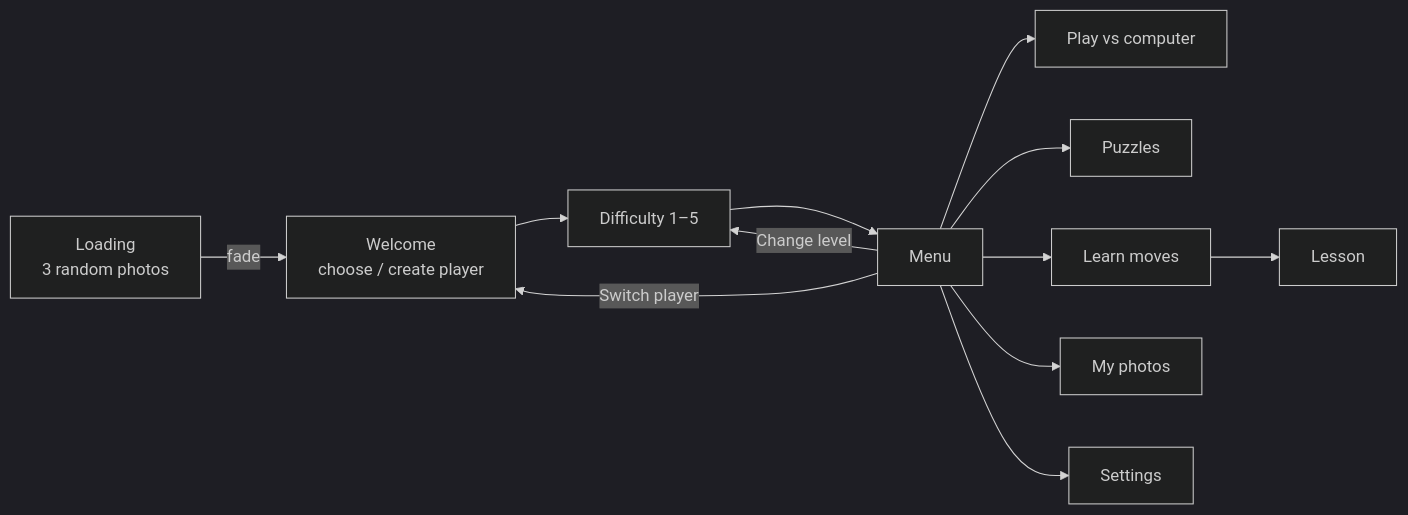
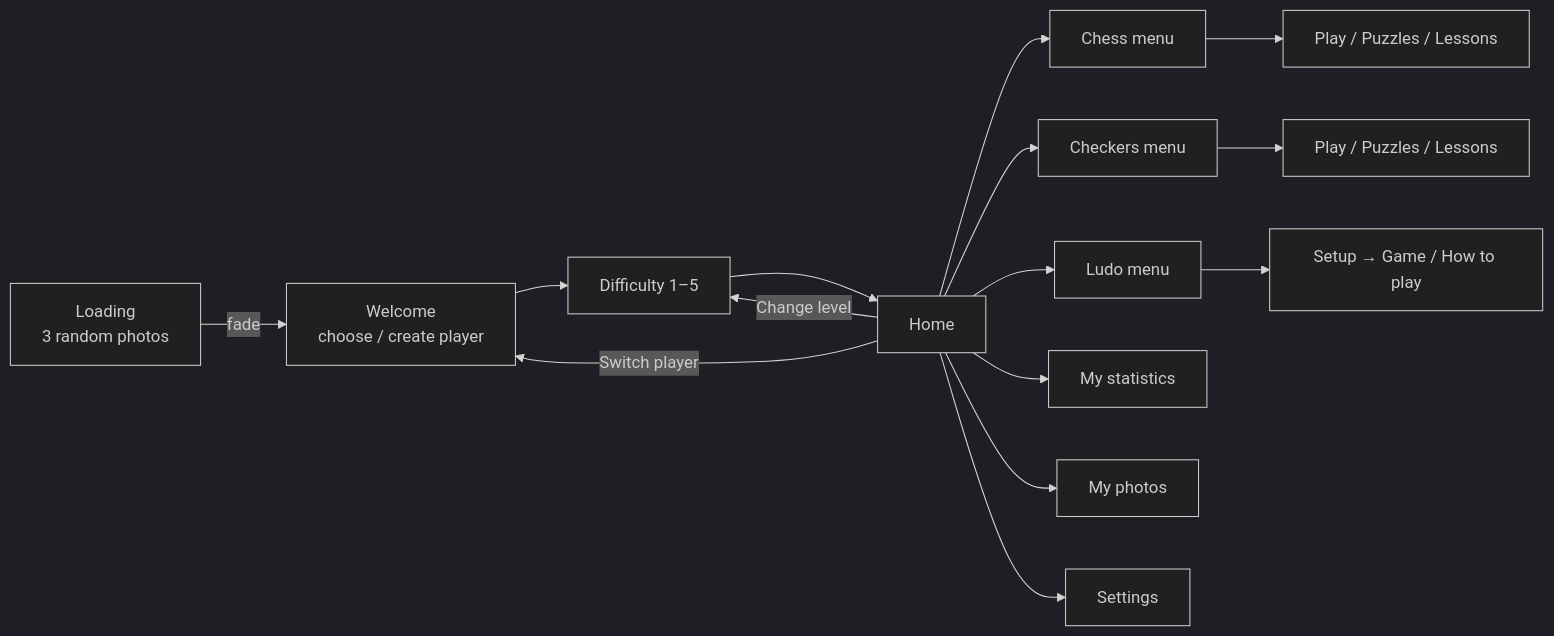
The diagram in docs/architecture.md (SumeshKashyap/our-board-games), drawn with Mermaid (dark theme) before and after one commit. The commit also changed other lines of this file and 56 other files, not shown here.

First line of the commit message:
Our Board Games 2.0: chess, checkers and Ludo

````diff
--- a/docs/architecture.md
+++ b/docs/architecture.md
@@ -8,13 +8,14 @@
 ```mermaid
 flowchart LR
     Loading[Loading<br/>3 random photos] -- fade --> Welcome[Welcome<br/>choose / create player]
     Welcome --> Level[Difficulty 1–5]
-    Level --> Menu
-    Menu --> Game[Play vs computer]
-    Menu --> Puzzles
-    Menu --> Lessons[Learn moves] --> Lesson
-    Menu --> Photos[My photos]
-    Menu --> Settings
-    Menu -- Change level --> Level
-    Menu -- Switch player --> Welcome
+    Level --> Home
+    Home --> Chess[Chess menu] --> CG[Play / Puzzles / Lessons]
+    Home --> Checkers[Checkers menu] --> KG[Play / Puzzles / Lessons]
+    Home --> Ludo[Ludo menu] --> LG[Setup → Game / How to play]
+    Home --> Stats[My statistics]
+    Home --> Photos[My photos]
+    Home --> Settings
+    Home -- Change level --> Level
+    Home -- Switch player --> Welcome
 ```
````
